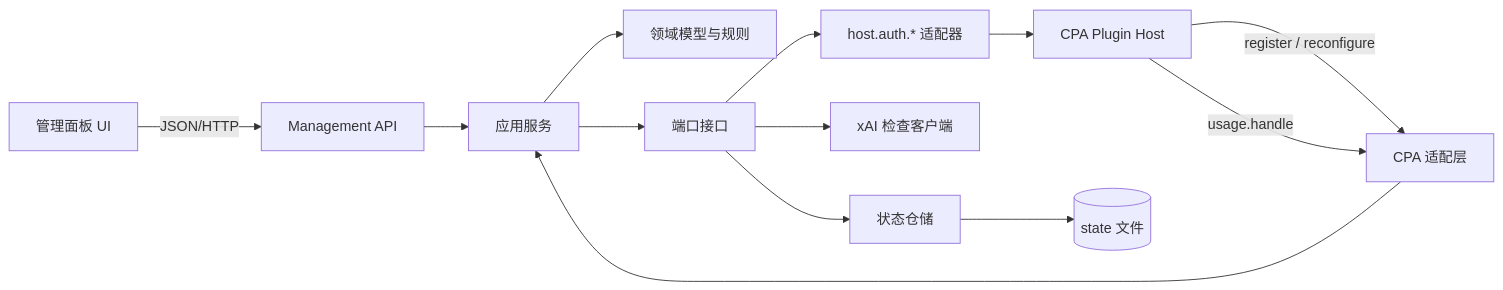
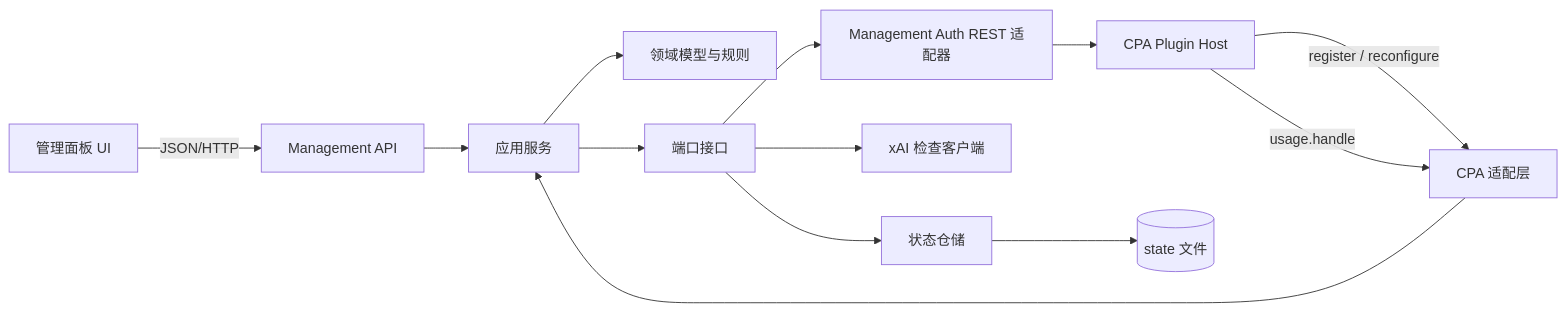
Before and after one commit to magicvr/cpa-grok-panel: the diagram in docs/design/01-architecture.md, drawn with Mermaid. The commit also changed other lines of this file and 13 other files, not shown here.

````diff
--- a/docs/design/01-architecture.md
+++ b/docs/design/01-architecture.md
@@ -7,15 +7,15 @@
 ```mermaid
 flowchart LR
   UI[管理面板 UI] -->|JSON/HTTP| HTTP[Management API]
   CPA[CPA Plugin Host] -->|register / reconfigure| ADAPTER[CPA 适配层]
   CPA -->|usage.handle| ADAPTER
   HTTP --> APP[应用服务]
   ADAPTER --> APP
   APP --> DOMAIN[领域模型与规则]
   APP --> PORTS[端口接口]
-  PORTS --> AUTH[host.auth.* 适配器]
+  PORTS --> AUTH[Management Auth REST 适配器]
   PORTS --> CHECK[xAI 检查客户端]
   PORTS --> STORE[状态仓储]
   AUTH --> CPA
   STORE --> STATE[(state 文件)]
 ```
````
